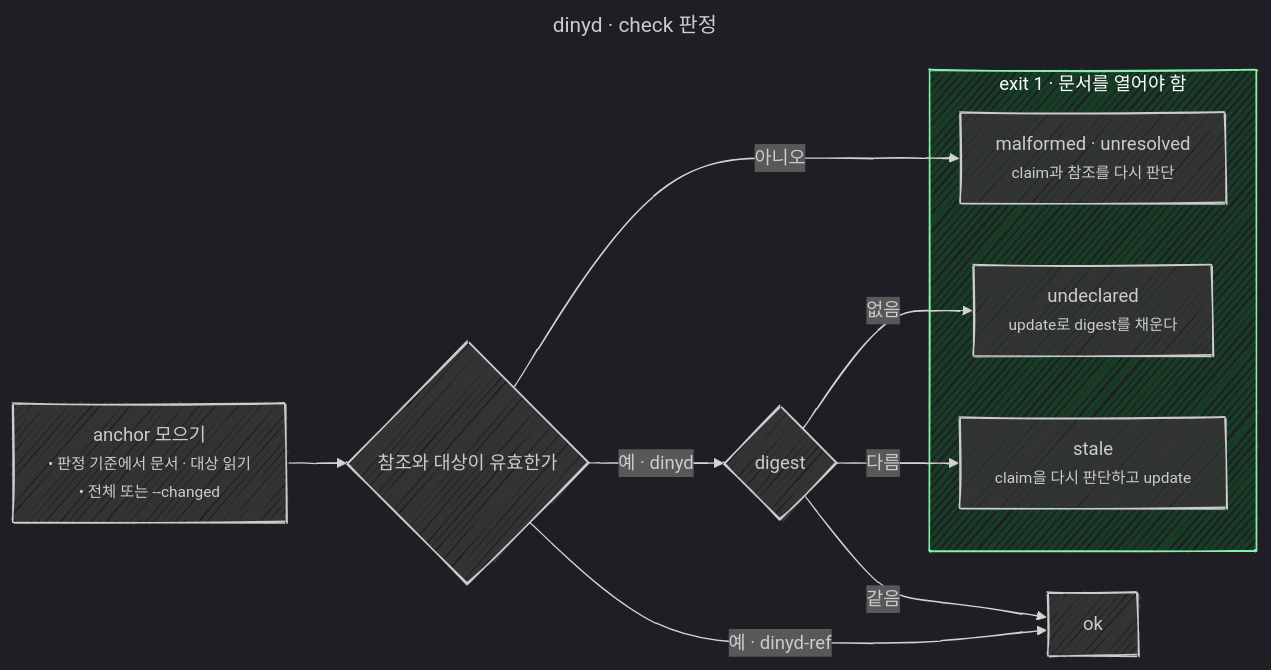
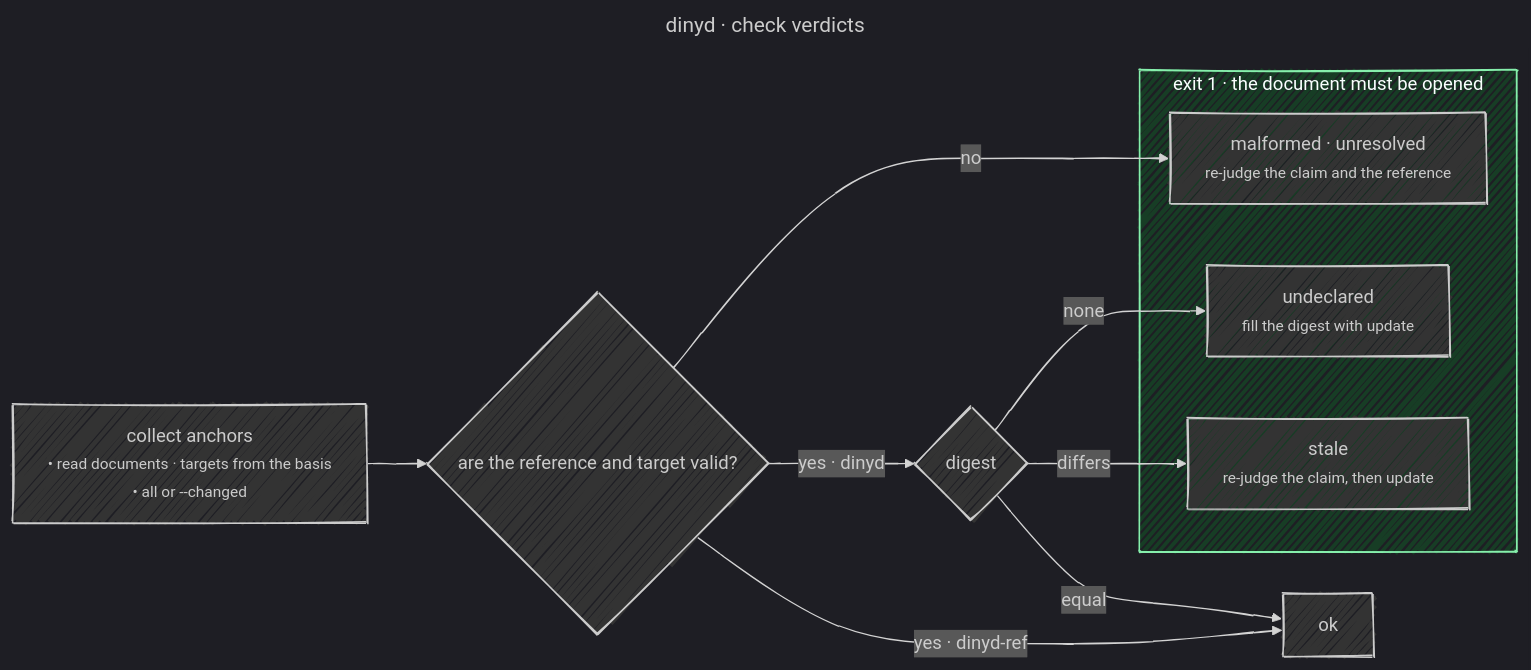
One commit to undervoke/dinyd changed the diagram in blueprint/check.mermaid. Above: the diagram before and after it, drawn with Mermaid. The commit also changed 4 other files, not shown here.

```diff
--- a/blueprint/check.mermaid
+++ b/blueprint/check.mermaid
@@ -1,42 +1,42 @@
 ---
-title: dinyd · check 판정
+title: dinyd · check verdicts
 config:
   look: handDrawn
   handDrawnSeed: 5
   theme: dark
   themeVariables:
     mainBkg: "#333333"
     clusterBkg: "#242424"
   themeCSS: |
     small { display: inline-block; text-align: left; }
   flowchart:
     wrappingWidth: 300
 ---
-%% Behavior authority: 이 다이어그램과 anchors.mermaid.
-%% 판정 기준: --index(기본 · gate용) · --worktree(작업 중 확인용) · --rev commit. 문서와 대상은 같은 판정 기준에서 읽는다. --index와 --rev는 Git CLI(ls-files --stage -z · ls-tree -r -z --full-tree · cat-file --batch)로 읽고 GIT_INDEX_FILE을 따른다. --worktree는 디스크 내용을 읽는다.
-%% 검사 범위: 전체(기본 · gate용) · --changed [--base rev]. --changed는 바뀐 문서의 anchor와 대상 경로가 바뀐 anchor(삭제 · rename 포함)만 고른다. --base가 없으면 HEAD 대비이고, --rev와 함께 쓰면 --base가 필요하다. 형식이 깨진 anchor는 항상 포함한다.
-%% 유효하지 않음: 형식 오류(malformed), 대상 없음 · 2개 이상 · 허용되지 않는 항목(symlink · gitlink · --index의 intent-to-add · --index · --worktree의 unmerged) · 파싱 실패(unresolved). dinyd-ref는 디렉터리도 대상으로 허용한다.
-%% digest는 anchor에 기록된 방식(s1 · b1)으로 다시 계산한다.
-%% 실패 출력은 anchor마다 한 줄(문서 경로 → selector: 결과 + 다음 할 일)이고 줄 번호 · 문서 내용은 없다. 사용법 · 읽기 오류는 exit 2와 stderr다.
+%% Behavior authority: this diagram and anchors.mermaid.
+%% Basis: --index (default · for gates) · --worktree (for checking while working) · --rev commit. Documents and targets are read from the same basis. --index and --rev read through the Git CLI (ls-files --stage -z · ls-tree -r -z --full-tree · cat-file --batch) and honor GIT_INDEX_FILE. --worktree reads the disk.
+%% Scope: all (default · for gates) · --changed [--base rev]. --changed selects only anchors in changed documents and anchors whose target path changed (deletions · renames included). Without --base it compares against HEAD; with --rev, --base is required. Malformed anchors are always included.
+%% Invalid: a malformed anchor (malformed); a target that is missing · matches two or more · is a disallowed entry (symlink · gitlink · intent-to-add under --index · unmerged under --index · --worktree) · fails to parse (unresolved). dinyd-ref also accepts a directory as its target.
+%% The digest is recomputed with the mode recorded in the anchor (s1 · b1).
+%% Failure output is one line per anchor (document path → selector: verdict + next step), with no line numbers or document content. Usage and read errors exit 2 with a message on stderr.
 flowchart LR
-  Collect["anchor 모으기<br/><small>• 판정 기준에서 문서 · 대상 읽기<br/>• 전체 또는 --changed</small>"]
-  Found{"참조와 대상이 유효한가"}
+  Collect["collect anchors<br/><small>• read documents · targets from the basis<br/>• all or --changed</small>"]
+  Found{"are the reference and target valid?"}
   Digest{"digest"}
   Ok["ok"]
 
-  subgraph Fail["exit 1 · 문서를 열어야 함"]
-    Broken["malformed · unresolved<br/><small>claim과 참조를 다시 판단</small>"]
-    Undeclared["undeclared<br/><small>update로 digest를 채운다</small>"]
-    Stale["stale<br/><small>claim을 다시 판단하고 update</small>"]
+  subgraph Fail["exit 1 · the document must be opened"]
+    Broken["malformed · unresolved<br/><small>re-judge the claim and the reference</small>"]
+    Undeclared["undeclared<br/><small>fill the digest with update</small>"]
+    Stale["stale<br/><small>re-judge the claim, then update</small>"]
   end
 
   Collect --> Found
-  Found -->|아니오| Broken
-  Found -->|예 · dinyd-ref| Ok
-  Found -->|예 · dinyd| Digest
-  Digest -->|없음| Undeclared
-  Digest -->|다름| Stale
-  Digest -->|같음| Ok
+  Found -->|no| Broken
+  Found -->|yes · dinyd-ref| Ok
+  Found -->|yes · dinyd| Digest
+  Digest -->|none| Undeclared
+  Digest -->|differs| Stale
+  Digest -->|equal| Ok
 
   classDef em fill:#173d25,stroke:#86efac
   class Fail em
```
